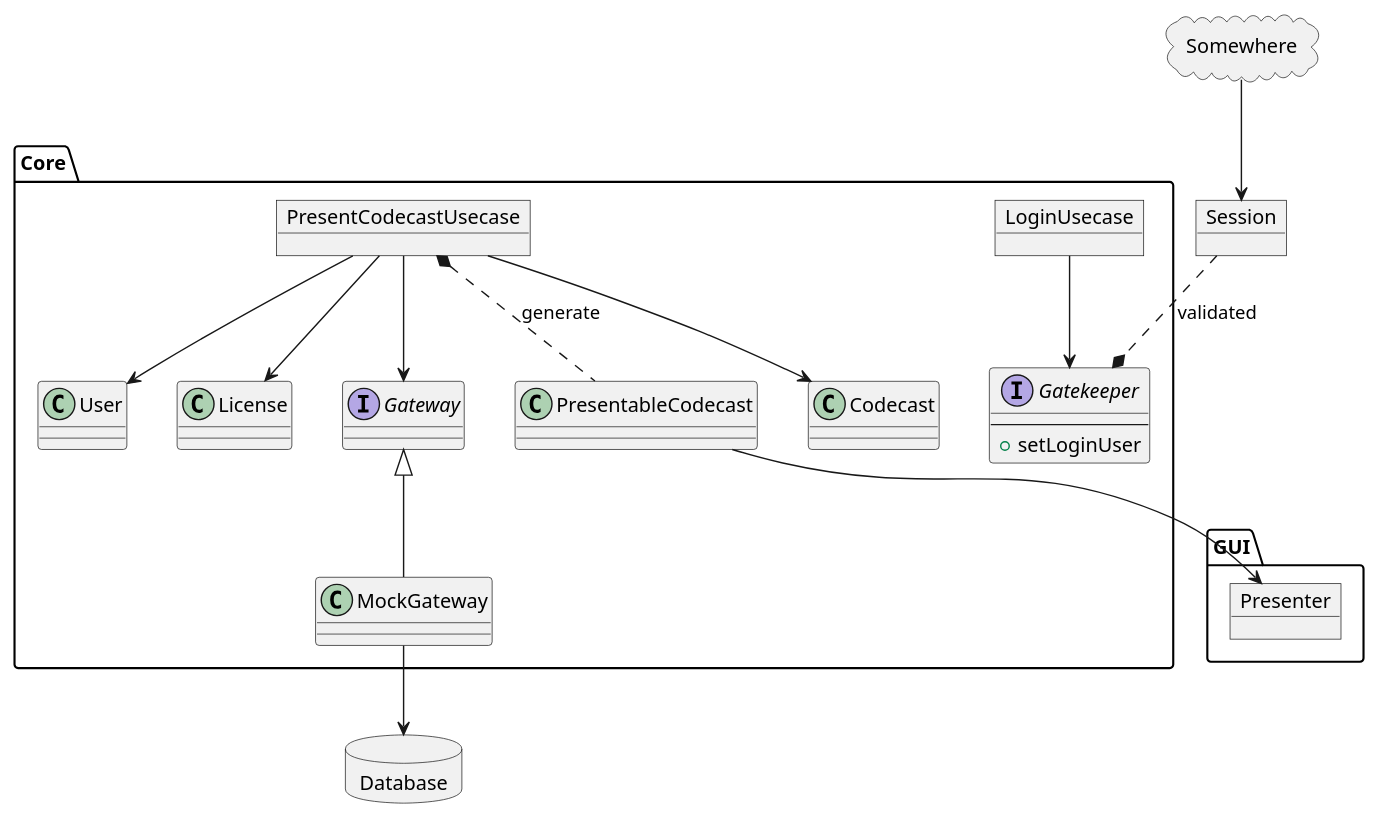
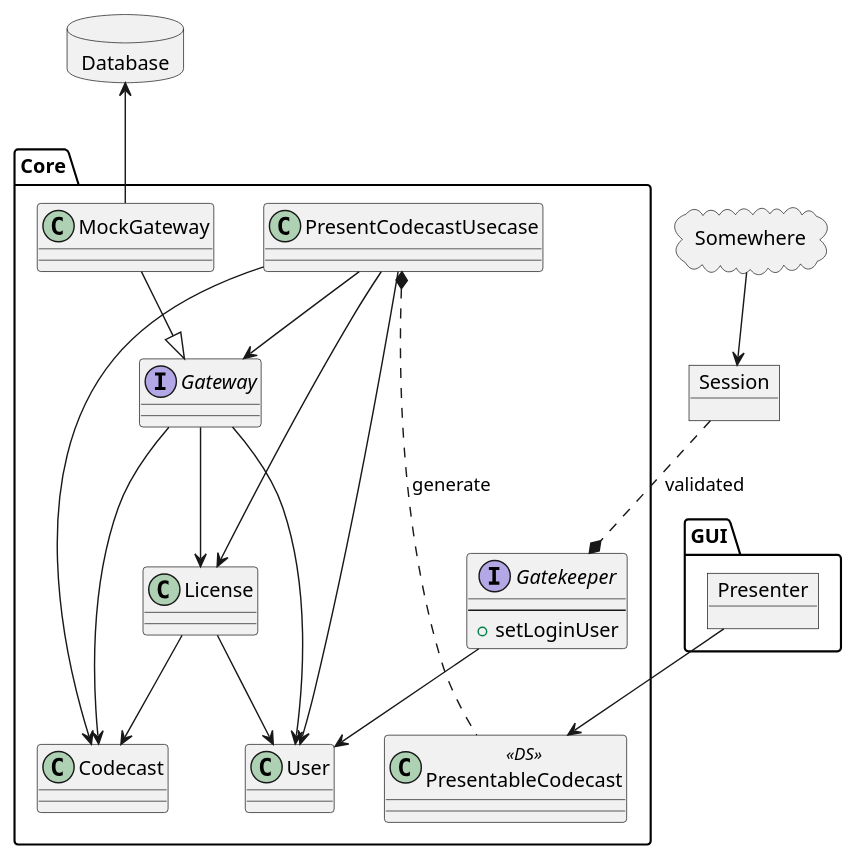
One commit to sundaycrafts/study-cleancoders-java-case-study changed the diagram in _docs/schema.puml. Above: the diagram before and after it, drawn with PlantUML. The commit also changed 1 other file, not shown here.

Commit message:
docs(schema): update schema
order by instability

```diff
--- a/_docs/schema.puml
+++ b/_docs/schema.puml
@@ -1,39 +1,43 @@
 @startuml
 allow_mixing
 database Database
 
 package Core {
-  object PresentCodecastUsecase
+  class User
   class Codecast
-  class User
   class License
   interface Gateway
   class MockGateway
-  object LoginUsecase
-  class PresentableCodecast
+  class PresentableCodecast <<DS>>
+  class PresentCodecastUsecase
   interface Gatekeeper {
     ---
     + setLoginUser
   }
 }
 
+Database <-- MockGateway
+Gatekeeper --> User
 PresentCodecastUsecase --> Codecast
-PresentCodecastUsecase --> User
 PresentCodecastUsecase --> License
 PresentCodecastUsecase --> Gateway
-Gateway <|-- MockGateway
-MockGateway --> Database
-LoginUsecase --> Gatekeeper
+PresentCodecastUsecase --> User
+Gateway --> Codecast
+Gateway --> License
+Gateway --> User
+License --> Codecast
+License --> User
+MockGateway --|> Gateway
 
 package GUI {
   object Presenter
 }
 
-PresentableCodecast --> Presenter
-PresentCodecastUsecase *.. PresentableCodecast : generate
+Presenter --> PresentableCodecast
+PresentCodecastUsecase *.... PresentableCodecast : generate
 
 object Session
 cloud Somewhere
 Somewhere --> Session
 Session ..* Gatekeeper : validated
 @enduml
```
